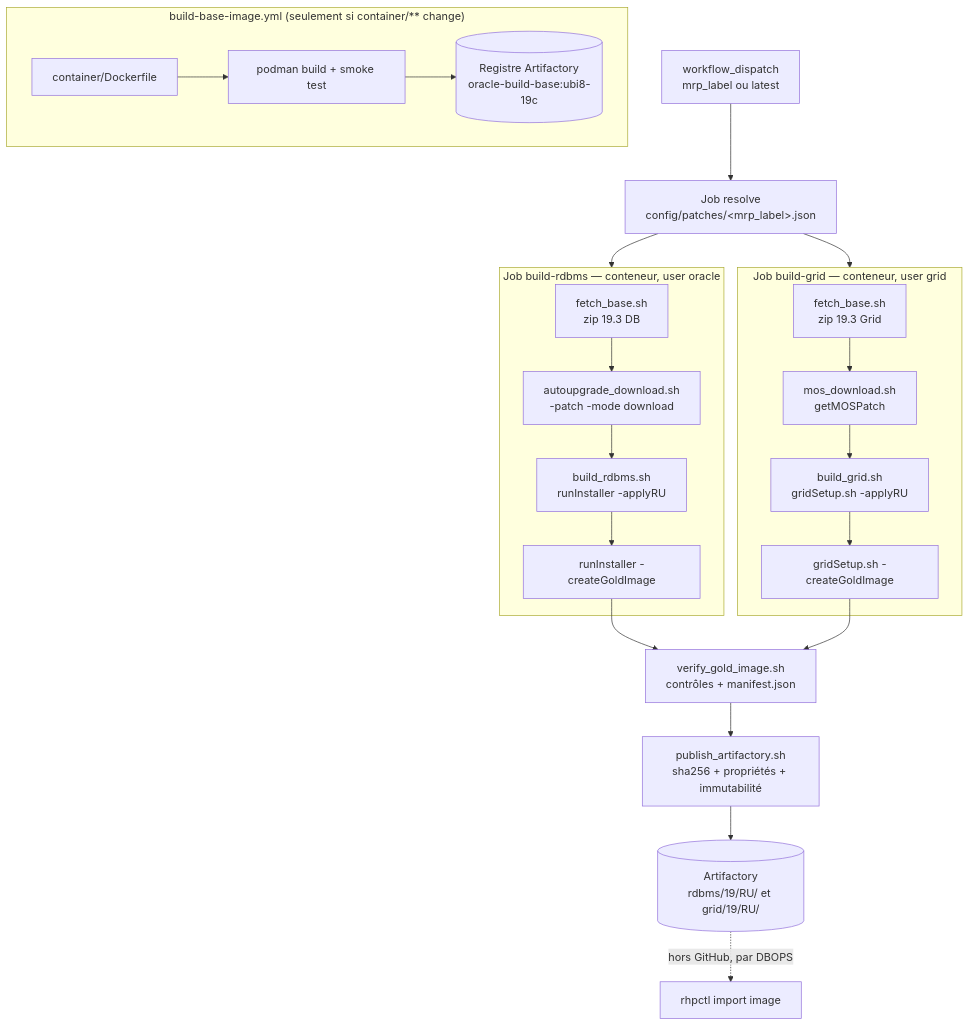
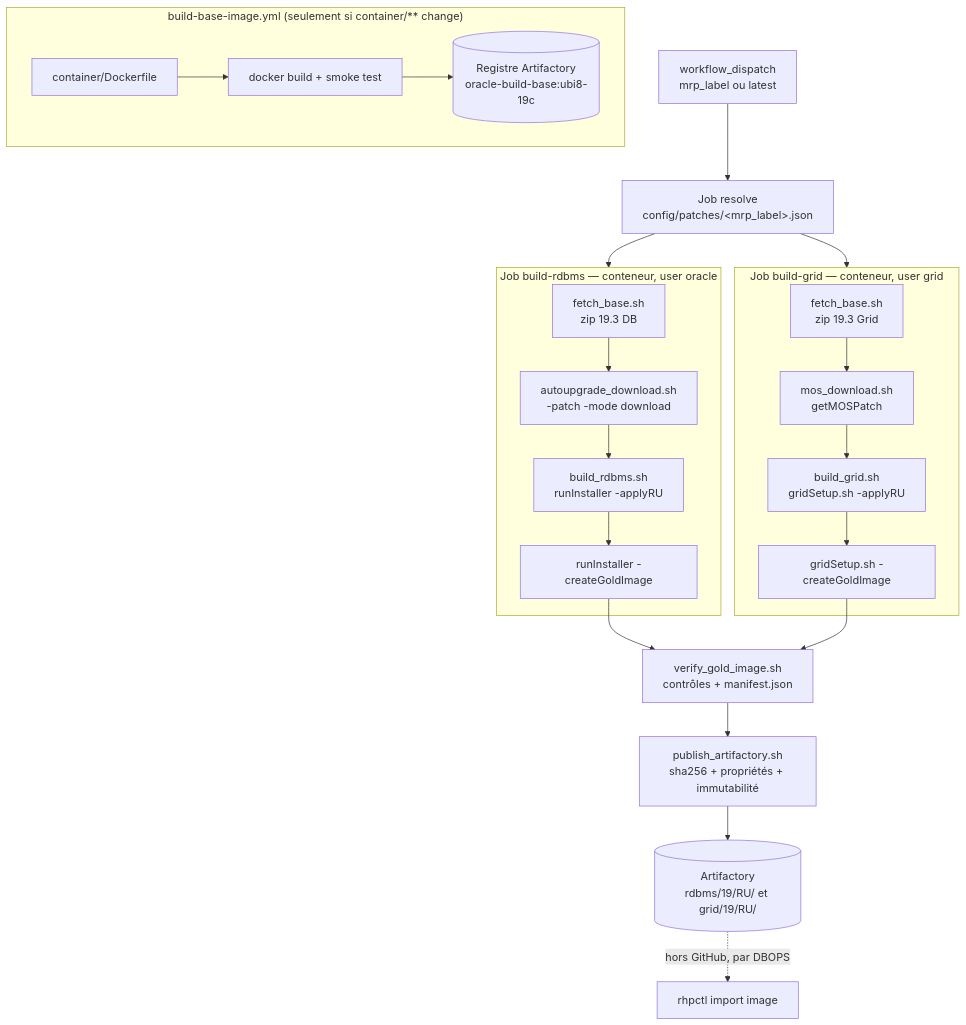
One commit to cmodiano/oracle_fpp_image_build_docker changed the diagram in README.md. Above: the diagram before and after it, drawn with Mermaid. The commit also changed other lines of this file and 3 other files, not shown here.

Commit message:
chore: build du conteneur avec docker au lieu de podman

````diff
--- a/README.md
+++ b/README.md
@@ -31,24 +31,24 @@
 ```mermaid
 flowchart TB
   subgraph base["build-base-image.yml (seulement si container/** change)"]
-    C1["container/Dockerfile"] --> C2["podman build + smoke test"] --> C3[("Registre Artifactory<br/>oracle-build-base:ubi8-19c")]
+    C1["container/Dockerfile"] --> C2["docker build + smoke test"] --> C3[("Registre Artifactory<br/>oracle-build-base:ubi8-19c")]
   end
 
   D["workflow_dispatch<br/>mrp_label ou latest"] --> RS["Job resolve<br/>config/patches/&lt;mrp_label&gt;.json"]
   RS --> R
   RS --> G
 
   subgraph R["Job build-rdbms — conteneur, user oracle"]
     R1["fetch_base.sh<br/>zip 19.3 DB"] --> R2["autoupgrade_download.sh<br/>-patch -mode download"] --> R3["build_rdbms.sh<br/>runInstaller -applyRU"] --> R4["runInstaller -createGoldImage"]
   end
 
   subgraph G["Job build-grid — conteneur, user grid"]
     G1["fetch_base.sh<br/>zip 19.3 Grid"] --> G2["mos_download.sh<br/>getMOSPatch"] --> G3["build_grid.sh<br/>gridSetup.sh -applyRU"] --> G4["gridSetup.sh -createGoldImage"]
   end
 
   R4 --> V["verify_gold_image.sh<br/>contrôles + manifest.json"]
   G4 --> V
   V --> P["publish_artifactory.sh<br/>sha256 + propriétés + immutabilité"]
   P --> A[("Artifactory<br/>rdbms/19/RU/ et grid/19/RU/")]
   A -.->|"hors GitHub, par DBOPS"| F["rhpctl import image"]
 ```
````
